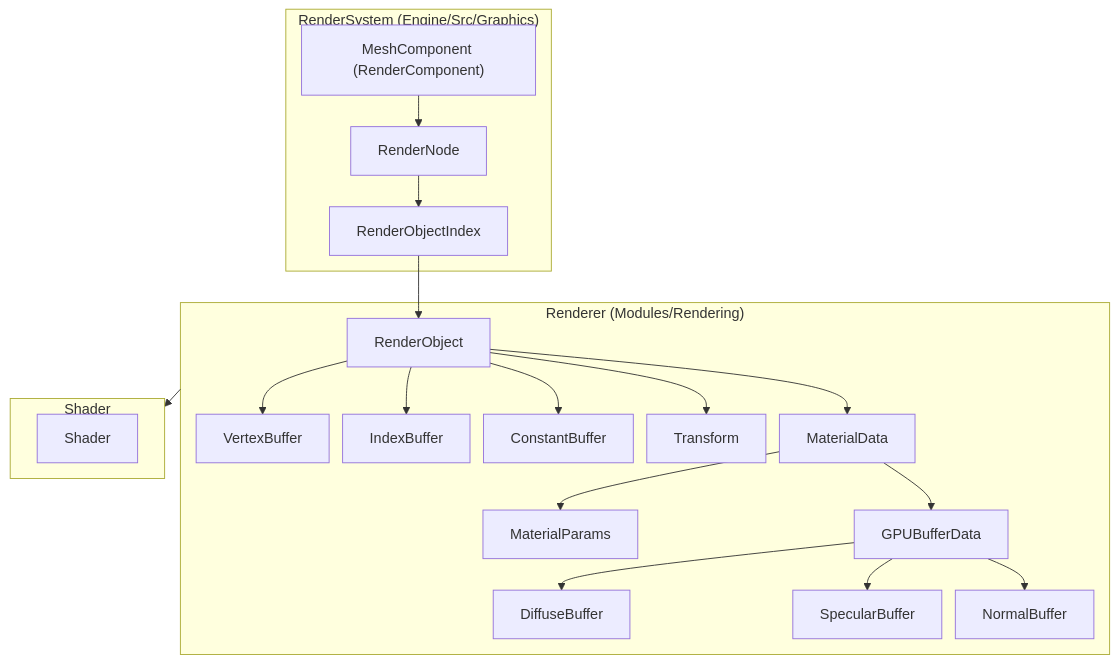
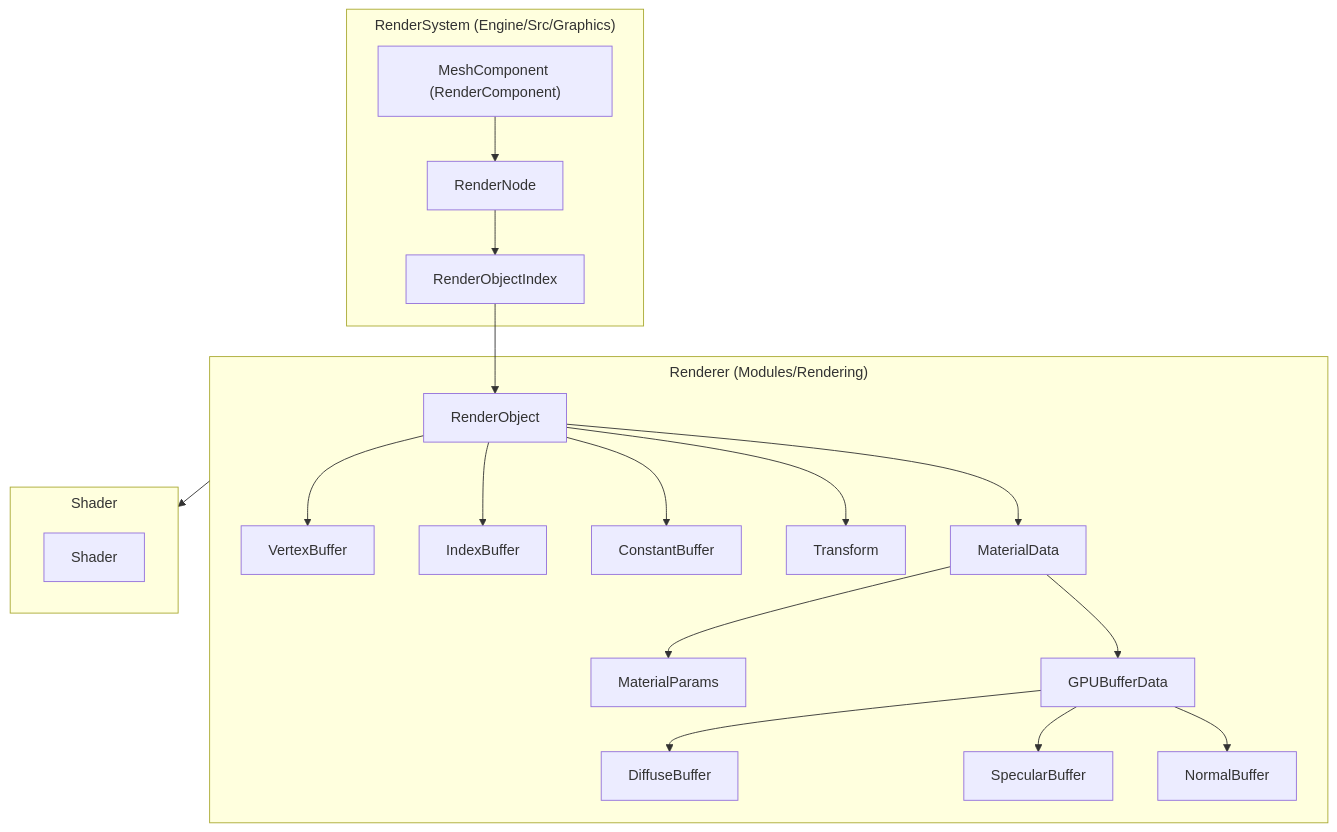
The second of 2 diagrams in Docs/Generated/Engine/04-Rendering/Rendering-Overview.md (b1nary0/RZE), drawn with Mermaid before and after one commit. The commit also changed other lines of this file and 21 other files, not shown here.

First line of the commit message:
Fix diagrams that failed to render or hid their own text

````diff
--- a/Docs/Generated/Engine/04-Rendering/Rendering-Overview.md
+++ b/Docs/Generated/Engine/04-Rendering/Rendering-Overview.md
@@ -66,25 +67,25 @@
 ```mermaid
-%%{init: {'flowchart': {'nodeSpacing': 15, 'rankSpacing': 35}}}%%
+%%{init: {'flowchart': {'subGraphTitleMargin': {'top': 6, 'bottom': 10}}, 'themeCSS': '.labelBkg, .edgeLabel { background-color: var(--background-primary) !important; } .messageText, .labelText, .loopText { paint-order: stroke; stroke: var(--background-primary); stroke-width: 5px; stroke-linejoin: round; }'}}%%
 flowchart TD
     subgraph RenderSystem["RenderSystem (Engine/Src/Graphics)"]
         MC["MeshComponent (RenderComponent)"] --> RN[RenderNode]
         RN --> ROI[RenderObjectIndex]
     end
     subgraph Renderer["Renderer (Modules/Rendering)"]
         ROI --> RO[RenderObject]
         RO --> VB[VertexBuffer]
         RO --> IB[IndexBuffer]
         RO --> CB[ConstantBuffer]
         RO --> TR[Transform]
         RO --> MD[MaterialData]
         MD --> MP[MaterialParams]
         MD --> GBD[GPUBufferData]
         GBD --> DB[DiffuseBuffer]
         GBD --> SB[SpecularBuffer]
         GBD --> NB[NormalBuffer]
     end
     subgraph ShaderBand["Shader"]
         SH[Shader]
     end
     Renderer --> ShaderBand
 ```
````
